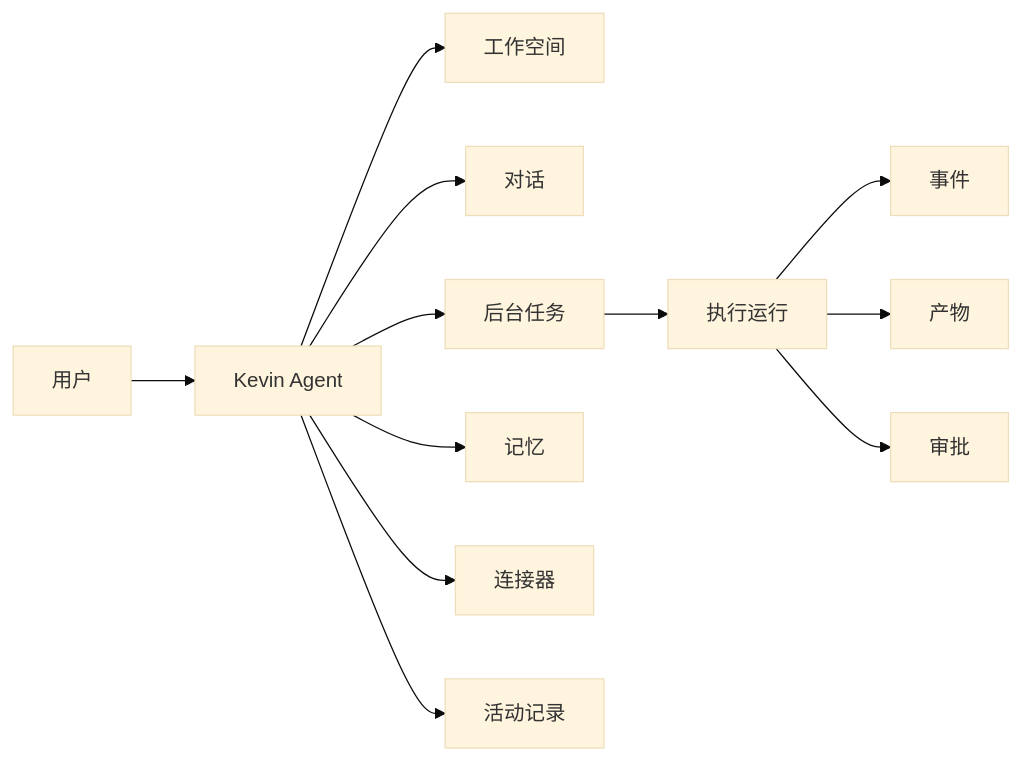
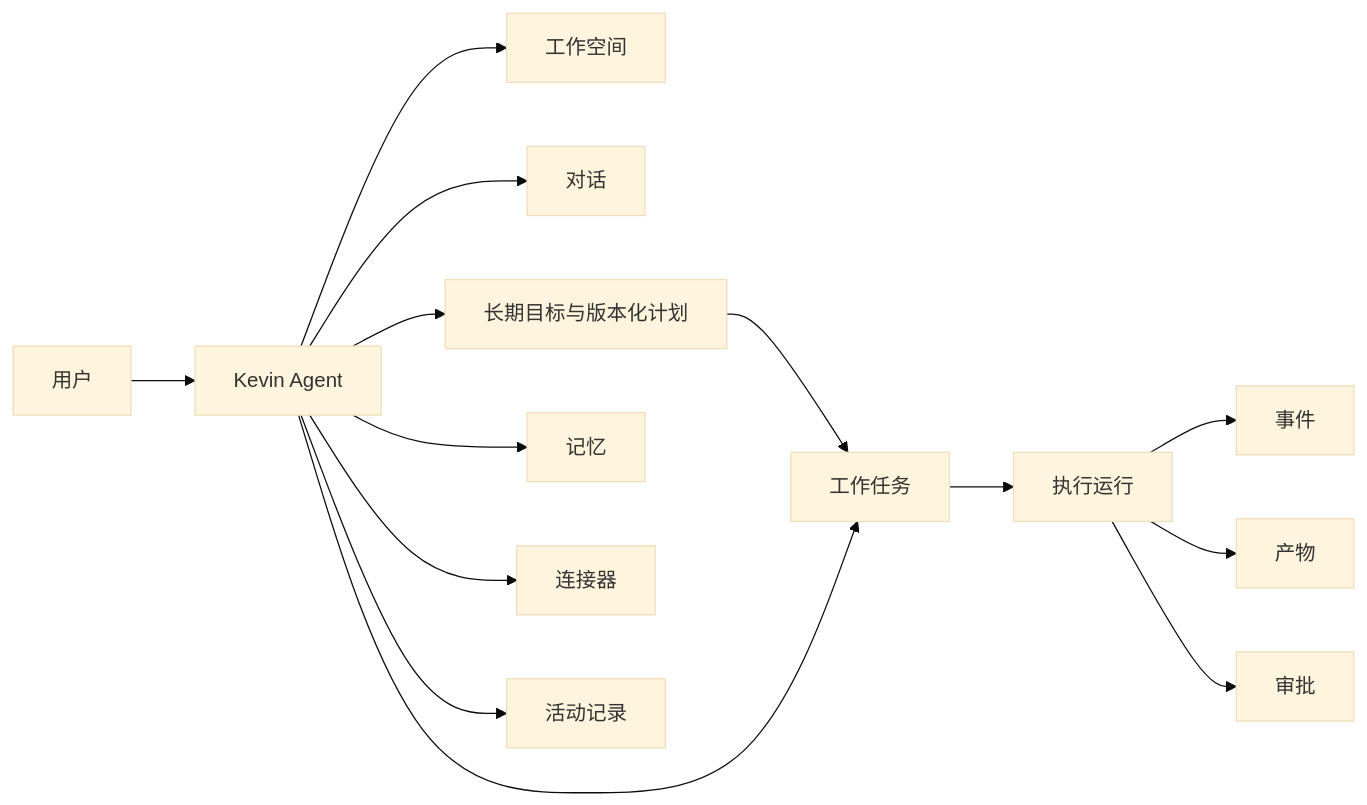
Before and after one commit to Pixeldooooog/Agents: the diagram in docs/kevin-product-architecture-plan.md, drawn with Mermaid (base theme). The commit also changed other lines of this file and 91 other files, not shown here.

````diff
--- a/docs/kevin-product-architecture-plan.md
+++ b/docs/kevin-product-architecture-plan.md
@@ -77,14 +78,16 @@
 ```mermaid
 flowchart LR
   User[用户] --> Kevin[Kevin Agent]
   Kevin --> Workspace[工作空间]
   Kevin --> Conversation[对话]
-  Kevin --> Task[后台任务]
+  Kevin --> Goal[长期目标与版本化计划]
+  Goal --> Task[工作任务]
+  Kevin --> Task
   Kevin --> Memory[记忆]
   Kevin --> Connector[连接器]
   Kevin --> Activity[活动记录]
   Task --> Run[执行运行]
   Run --> Event[事件]
   Run --> Artifact[产物]
   Run --> Approval[审批]
 ```
````
